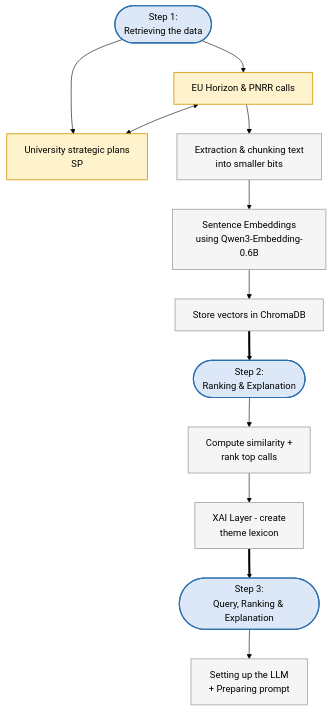
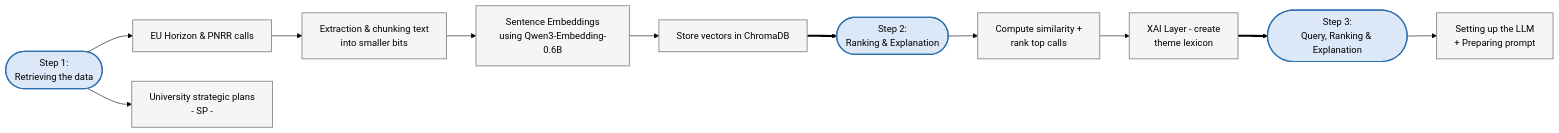
One commit to gronbergfilippa/EY-AI-Techniques-Solution changed the diagram in README.md. Above: the diagram before and after it, drawn with Mermaid (forest theme).

Commit message:
Update flowchart and class definitions in README

````diff
--- a/README.md
+++ b/README.md
@@ -2,23 +2,25 @@
 ```mermaid
-flowchart TD
+flowchart LR
+    %% Step 1: Retrieving the data
     S1([Step 1:\nRetrieving the data])
     S1 --> EU[EU Horizon & PNRR calls]
-    S1 --> SP[University strategic plans\nSP]
-    EU <--> SP
+    S1 --> SP[University strategic plans\n- SP -]
     EU --> EX[Extraction & chunking text\ninto smaller bits]
     EX --> EMB[Sentence Embeddings\nusing Qwen3-Embedding-0.6B]
     EMB --> VDB[Store vectors in ChromaDB]
+
+    %% Step 2: Ranking & Explanation
     VDB ==> S2([Step 2:\nRanking & Explanation])
     S2 --> RANK[Compute similarity +\nrank top calls]
     RANK --> XAI[XAI Layer - create\ntheme lexicon]
+
+    %% Step 3: Query, Ranking & Explanation
     XAI ==> S3([Step 3:\nQuery, Ranking & Explanation])
     S3 --> LLM[Setting up the LLM\n+ Preparing prompt]
 
     classDef step    fill:#dce8f7,stroke:#2c6fad,stroke-width:2px;
-    classDef data    fill:#fff3cd,stroke:#d4a017,stroke-width:1.5px;
-    classDef process fill:#f5f5f5,stroke:#aaaaaa,stroke-width:1.5px;
+    classDef process fill:#f5f5f5,stroke:#888888,stroke-width:1.5px;
 
     class S1,S2,S3 step;
-    class EU,SP data;
-    class EX,EMB,VDB,RANK,XAI,LLM process;
+    class EU,SP,EX,EMB,RANK,XAI,LLM,VDB process;
 ```
````
